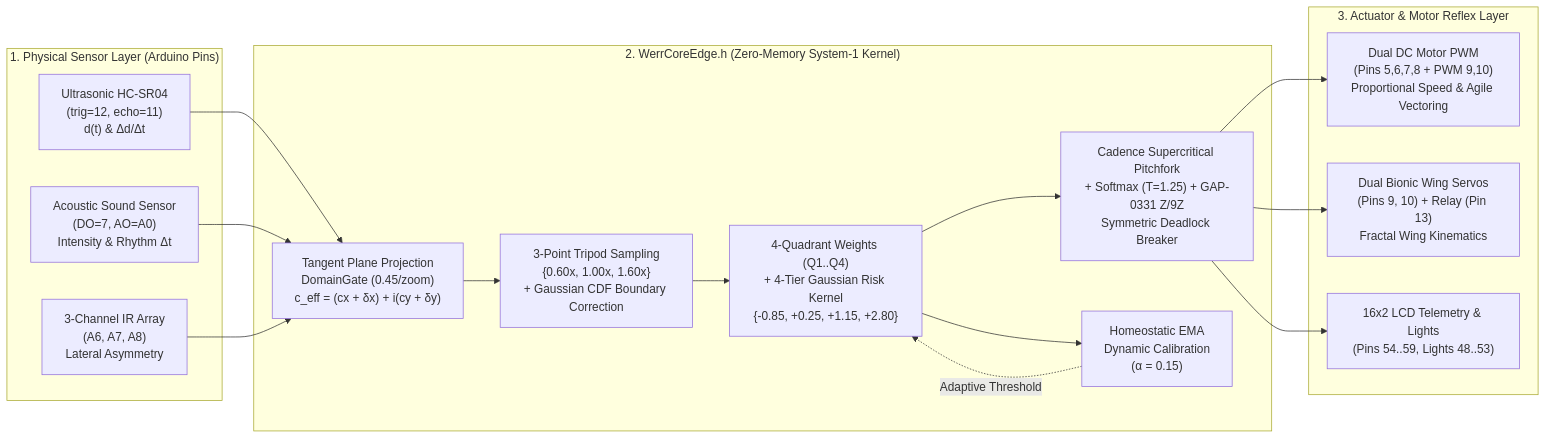
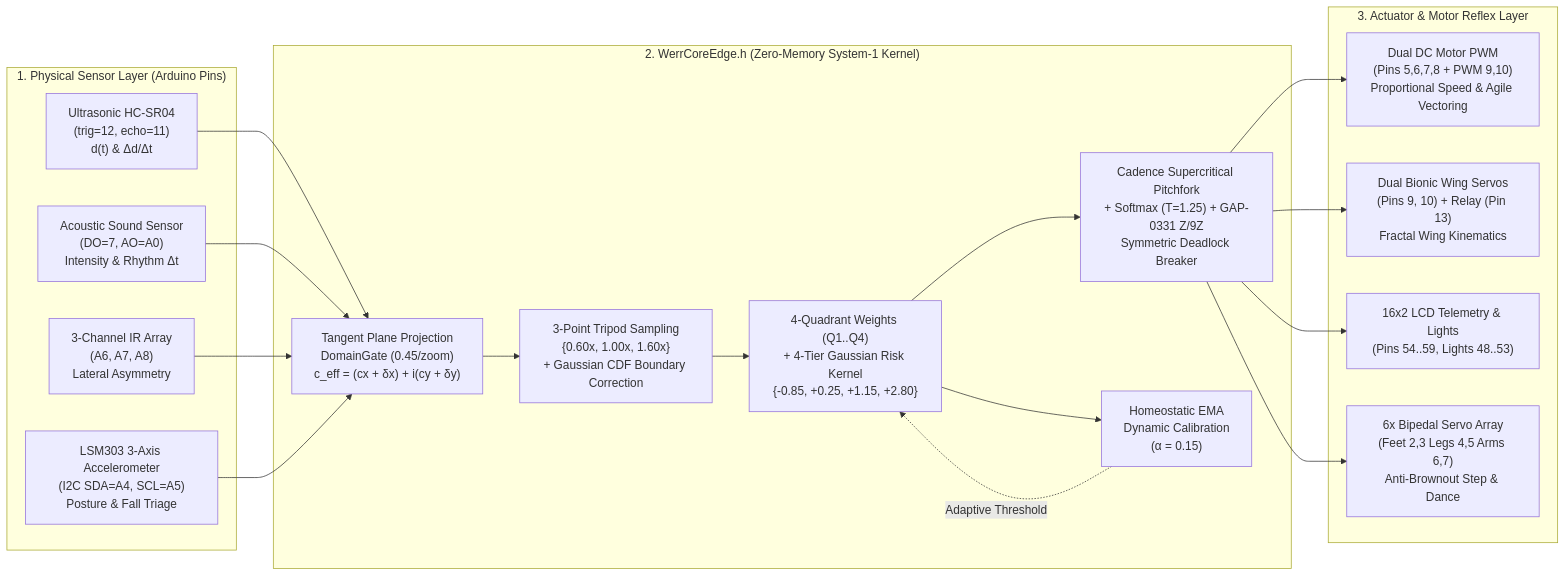
One commit to pCwOrM/WERRobotics changed the diagram in README.md. Above: the diagram before and after it, drawn with Mermaid. The commit also changed other lines of this file and 9 other files, not shown here.

First line of the commit message:
feat: integrate Burak Salar's Teknobot humanoid robot with WERR v0.5.1 Edge AI (Profile 5 & anti-brownout)

````diff
--- a/README.md
+++ b/README.md
@@ -60,29 +60,31 @@
 ```mermaid
 flowchart LR
     subgraph SENSORS["1. Physical Sensor Layer (Arduino Pins)"]
         S1["Ultrasonic HC-SR04\n(trig=12, echo=11)\nd(t) & Δd/Δt"]
         S2["Acoustic Sound Sensor\n(DO=7, AO=A0)\nIntensity & Rhythm Δt"]
         S3["3-Channel IR Array\n(A6, A7, A8)\nLateral Asymmetry"]
+        S4["LSM303 3-Axis Accelerometer\n(I2C SDA=A4, SCL=A5)\nPosture & Fall Triage"]
     end
 
     subgraph KERNEL["2. WerrCoreEdge.h (Zero-Memory System-1 Kernel)"]
         P["Tangent Plane Projection\nDomainGate (0.45/zoom)\nc_eff = (cx + δx) + i(cy + δy)"]
         T["3-Point Tripod Sampling\n{0.60x, 1.00x, 1.60x}\n+ Gaussian CDF Boundary Correction"]
         Q["4-Quadrant Weights (Q1..Q4)\n+ 4-Tier Gaussian Risk Kernel\n{-0.85, +0.25, +1.15, +2.80}"]
         B["Cadence Supercritical Pitchfork\n+ Softmax (T=1.25) + GAP-0331 Z/9Z\nSymmetric Deadlock Breaker"]
         E["Homeostatic EMA\nDynamic Calibration\n(α = 0.15)"]
     end
 
     subgraph ACTUATORS["3. Actuator & Motor Reflex Layer"]
         A1["Dual DC Motor PWM\n(Pins 5,6,7,8 + PWM 9,10)\nProportional Speed & Agile Vectoring"]
         A2["Dual Bionic Wing Servos\n(Pins 9, 10) + Relay (Pin 13)\nFractal Wing Kinematics"]
         A3["16x2 LCD Telemetry & Lights\n(Pins 54..59, Lights 48..53)"]
+        A4["6x Bipedal Servo Array\n(Feet 2,3 Legs 4,5 Arms 6,7)\nAnti-Brownout Step & Dance"]
     end
 
-    S1 & S2 & S3 --> P
+    S1 & S2 & S3 & S4 --> P
     P --> T --> Q
     Q --> B
     Q --> E
     E -.->|"Adaptive Threshold"| Q
-    B --> A1 & A2 & A3
+    B --> A1 & A2 & A3 & A4
 ```
````
